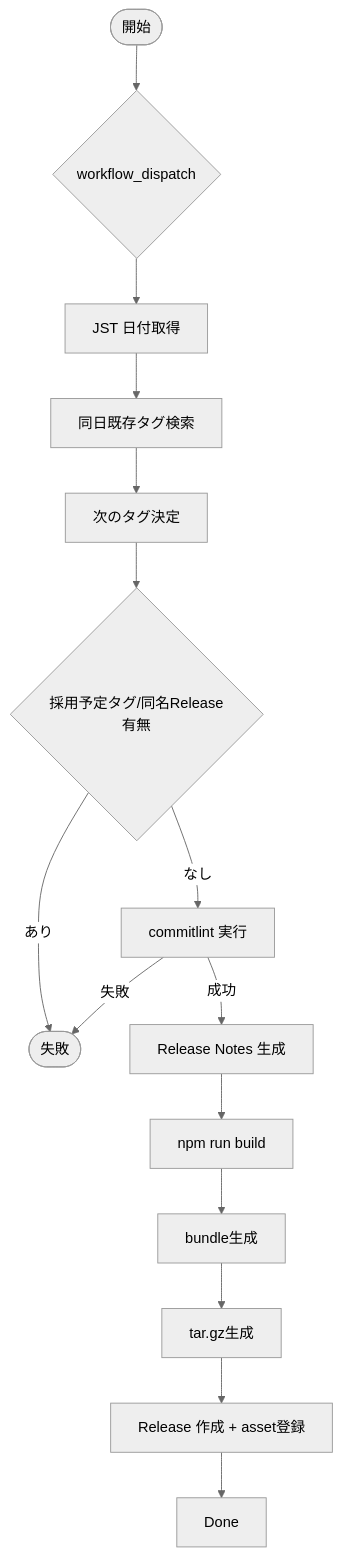
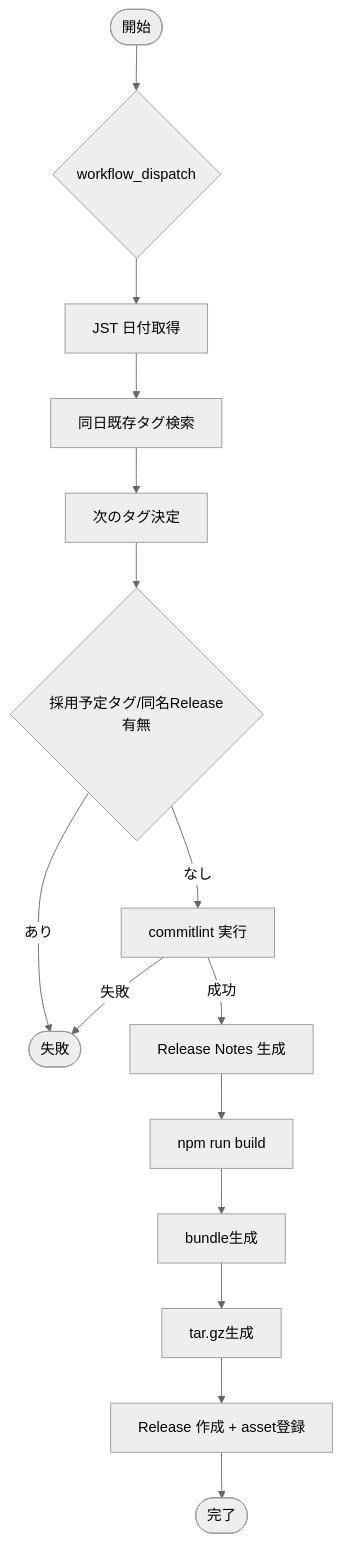
The second of 2 diagrams in .github/copilot/plans/47_github-release-management-implementation-plan.md (LevelCapTech/Agile-PMBOK-Assist), drawn with Mermaid (neutral theme) before and after one commit. The commit also changed other lines of this file, not shown here.

First line of the commit message:
fix: workflow手順とフロー図を補正

````diff
--- a/.github/copilot/plans/47_github-release-management-implementation-plan.md
+++ b/.github/copilot/plans/47_github-release-management-implementation-plan.md
@@ -166,17 +166,17 @@
 ```mermaid
 flowchart TD
   Start([開始]) --> Trigger{workflow_dispatch}
   Trigger --> Date[JST 日付取得]
   Date --> Tags[同日既存タグ検索]
   Tags --> NextTag[次のタグ決定]
   NextTag --> CheckRelease{採用予定タグ/同名Release有無}
   CheckRelease -->|あり| Fail([失敗])
   CheckRelease -->|なし| Lint[commitlint 実行]
   Lint -->|失敗| Fail
   Lint -->|成功| Notes[Release Notes 生成]
   Notes --> Build[npm run build]
   Build --> Bundle[bundle生成]
   Bundle --> Tar[tar.gz生成]
   Tar --> Create[Release 作成 + asset登録]
-  Create --> Done
+  Create --> Done([完了])
 ```
````
